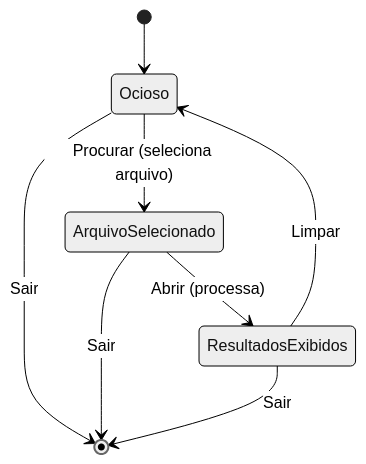
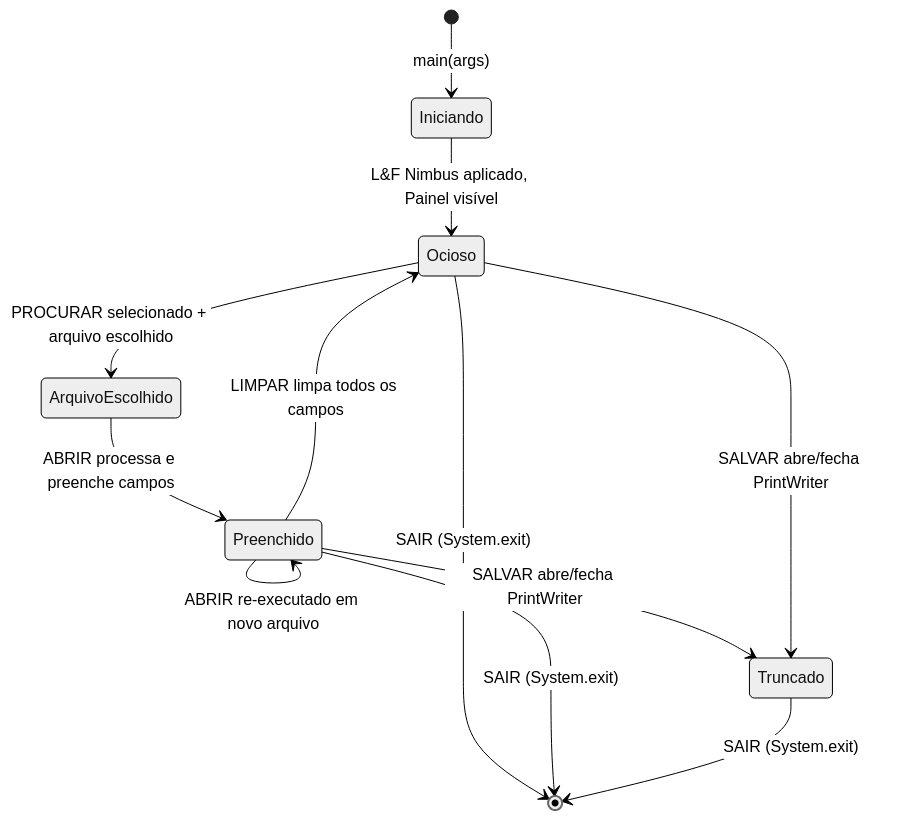
One commit to VictorHJSantiago/leitor_de_arquivo_csv changed the seventh of 9 diagrams in README_PT.md. Above: the diagram before and after it, drawn with Mermaid (neutral theme). The commit also changed other lines of this file and 2 other files, not shown here.

````diff
--- a/README_PT.md
+++ b/README_PT.md
@@ -365,10 +652,14 @@
 ```mermaid
 stateDiagram-v2
-    [*] --> Ocioso
-    Ocioso --> ArquivoSelecionado : Procurar (seleciona arquivo)
-    ArquivoSelecionado --> ResultadosExibidos : Abrir (processa)
-    ResultadosExibidos --> Ocioso : Limpar
-    Ocioso --> [*] : Sair
-    ArquivoSelecionado --> [*] : Sair
-    ResultadosExibidos --> [*] : Sair
+    [*] --> Iniciando: main(args)
+    Iniciando --> Ocioso: L&F Nimbus aplicado, Painel visível
+    Ocioso --> ArquivoEscolhido: PROCURAR selecionado + arquivo escolhido
+    ArquivoEscolhido --> Preenchido: ABRIR processa e preenche campos
+    Preenchido --> Ocioso: LIMPAR limpa todos os campos
+    Preenchido --> Preenchido: ABRIR re-executado em novo arquivo
+    Preenchido --> Truncado: SALVAR abre/fecha PrintWriter
+    Ocioso --> Truncado: SALVAR abre/fecha PrintWriter
+    Ocioso --> [*]: SAIR (System.exit)
+    Preenchido --> [*]: SAIR (System.exit)
+    Truncado --> [*]: SAIR (System.exit)
 ```
````
